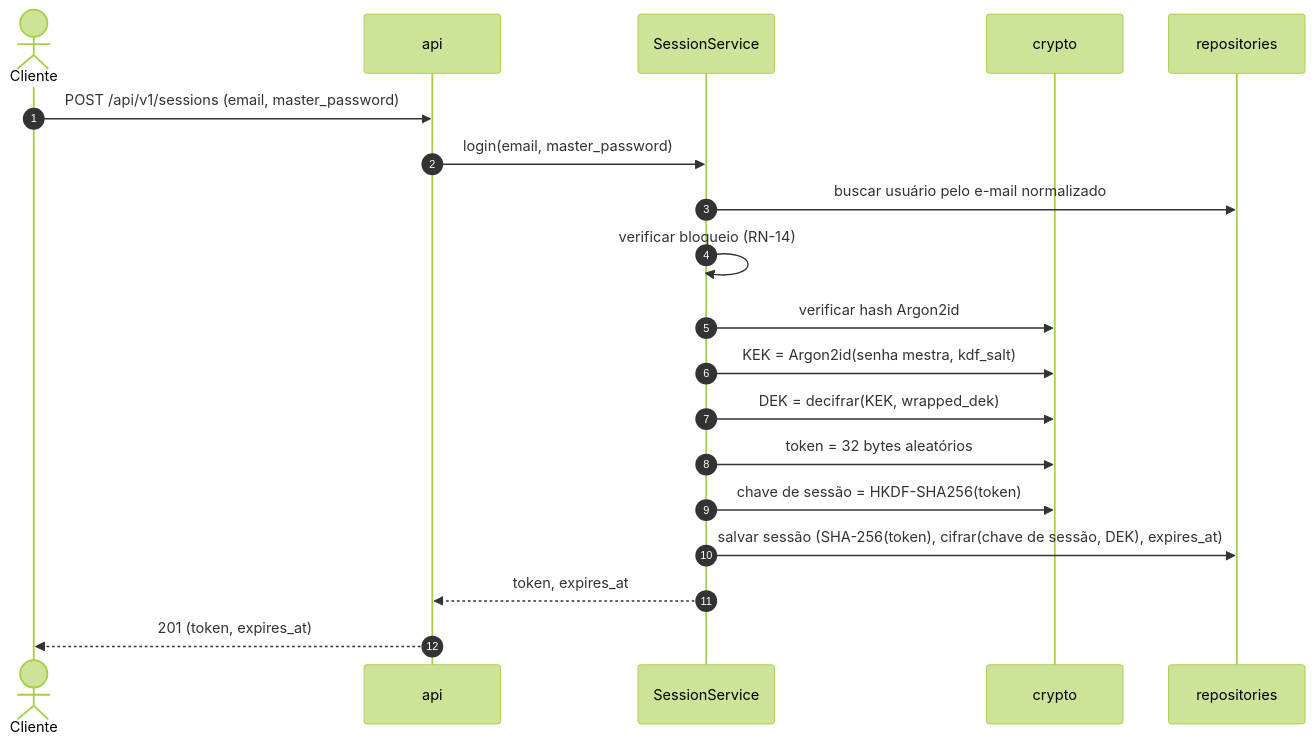
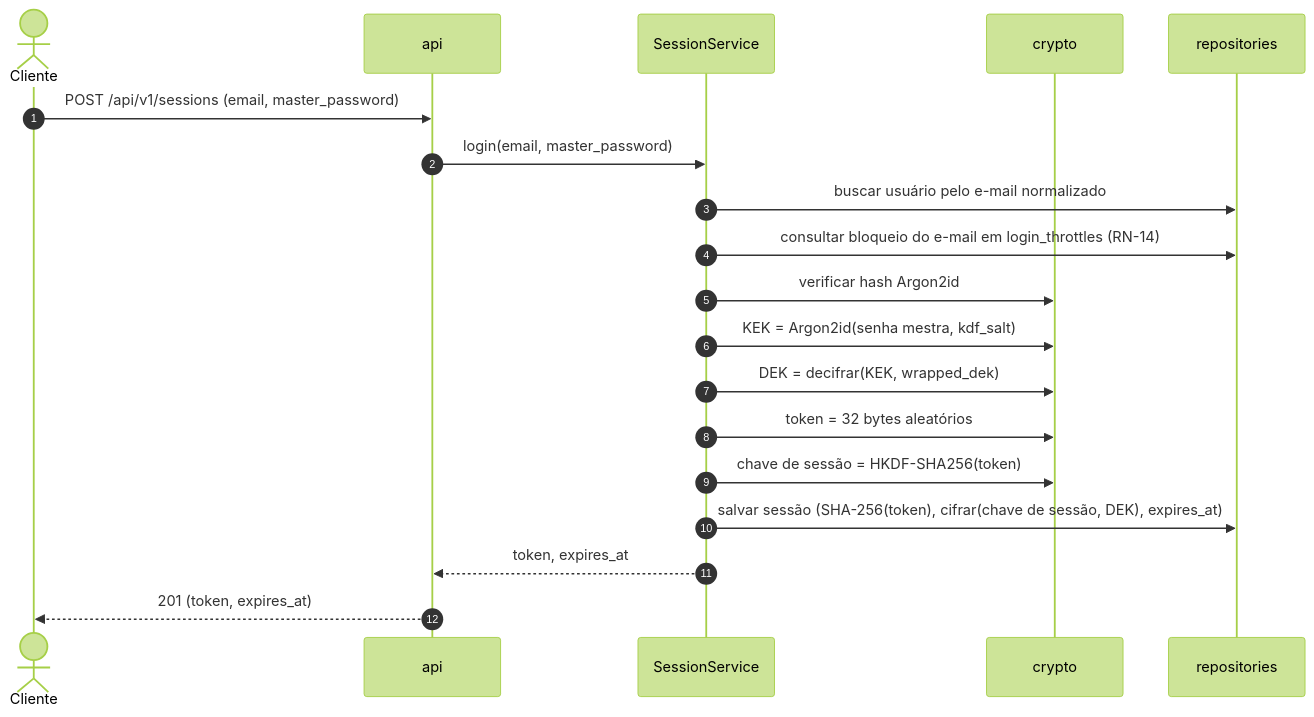
The fourth of 5 diagrams in docs/03-arquitetura.md (GuidaGaita/bootcamp), drawn with Mermaid (forest theme) before and after one commit. The commit also changed other lines of this file and 3 other files, not shown here.

First line of the commit message:
docs(seguranca): aplica bloqueio de login a qualquer e-mail

````diff
--- a/docs/03-arquitetura.md
+++ b/docs/03-arquitetura.md
@@ -141,21 +147,21 @@
 ```mermaid
 sequenceDiagram
   autonumber
   actor C as Cliente
   participant API as api
   participant SS as SessionService
   participant CR as crypto
   participant DB as repositories
   C->>API: POST /api/v1/sessions (email, master_password)
   API->>SS: login(email, master_password)
   SS->>DB: buscar usuário pelo e-mail normalizado
-  SS->>SS: verificar bloqueio (RN-14)
+  SS->>DB: consultar bloqueio do e-mail em login_throttles (RN-14)
   SS->>CR: verificar hash Argon2id
   SS->>CR: KEK = Argon2id(senha mestra, kdf_salt)
   SS->>CR: DEK = decifrar(KEK, wrapped_dek)
   SS->>CR: token = 32 bytes aleatórios
   SS->>CR: chave de sessão = HKDF-SHA256(token)
   SS->>DB: salvar sessão (SHA-256(token), cifrar(chave de sessão, DEK), expires_at)
   SS-->>API: token, expires_at
   API-->>C: 201 (token, expires_at)
 ```
````
